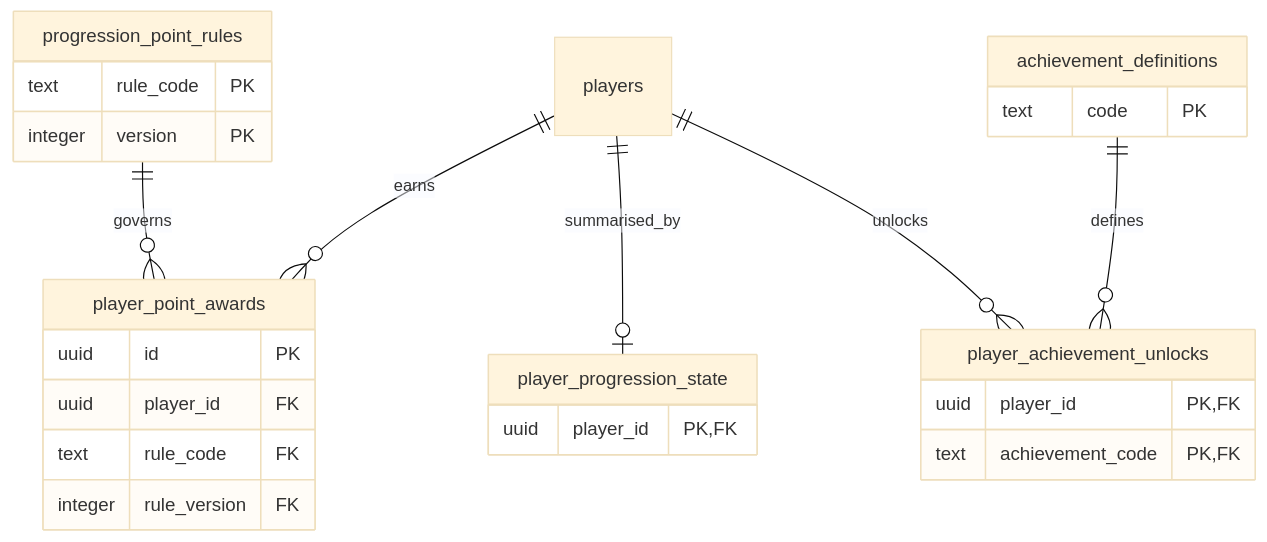
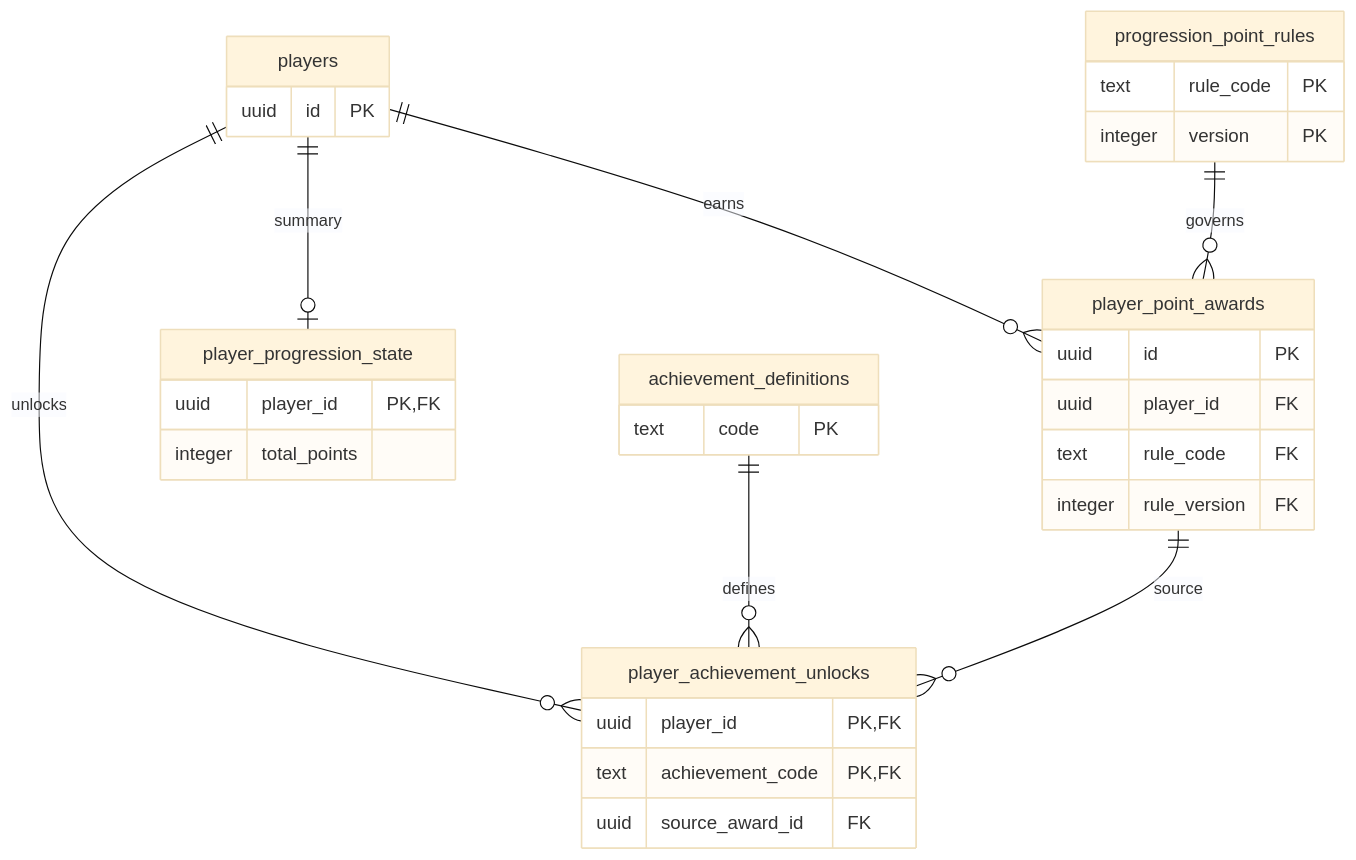
The third of 4 diagrams in docs/architecture/diagrams/database-relationships.md (Gradient-Ascenders/Wits-World), drawn with Mermaid (base theme) before and after one commit. The commit also changed other lines of this file and 28 other files, not shown here.

First line of the commit message:
[docs] refresh setup and architecture guides and diagrams

````diff
--- a/docs/architecture/diagrams/database-relationships.md
+++ b/docs/architecture/diagrams/database-relationships.md
@@ -150,30 +141,39 @@
 ```mermaid
 erDiagram
-    accTitle: Progression points and achievements
-    accDescr: Players earn point awards under versioned rules. They have a progression summary and achievement unlocks tied to shared achievement definitions.
+    direction TB
+    accTitle: Point awards drive progression summaries and achievements
+    accDescr: Players receive point awards under versioned rules. Progression state summarises those awards, while achievement unlocks refer to shared definitions and the award that earned them.
+
     players ||--o{ player_point_awards : earns
     progression_point_rules ||--o{ player_point_awards : governs
-    players ||--o| player_progression_state : summarised_by
+    players ||--o| player_progression_state : summary
     players ||--o{ player_achievement_unlocks : unlocks
     achievement_definitions ||--o{ player_achievement_unlocks : defines
+    player_point_awards ||--o{ player_achievement_unlocks : source
+
+    players {
+        uuid id PK
+    }
+    progression_point_rules {
+        text rule_code PK
+        integer version PK
+    }
     player_point_awards {
         uuid id PK
         uuid player_id FK
         text rule_code FK
         integer rule_version FK
     }
-    progression_point_rules {
-        text rule_code PK
-        integer version PK
-    }
     player_progression_state {
         uuid player_id PK, FK
+        integer total_points
     }
     player_achievement_unlocks {
         uuid player_id PK, FK
         text achievement_code PK, FK
+        uuid source_award_id FK
     }
     achievement_definitions {
         text code PK
     }
 ```
````
